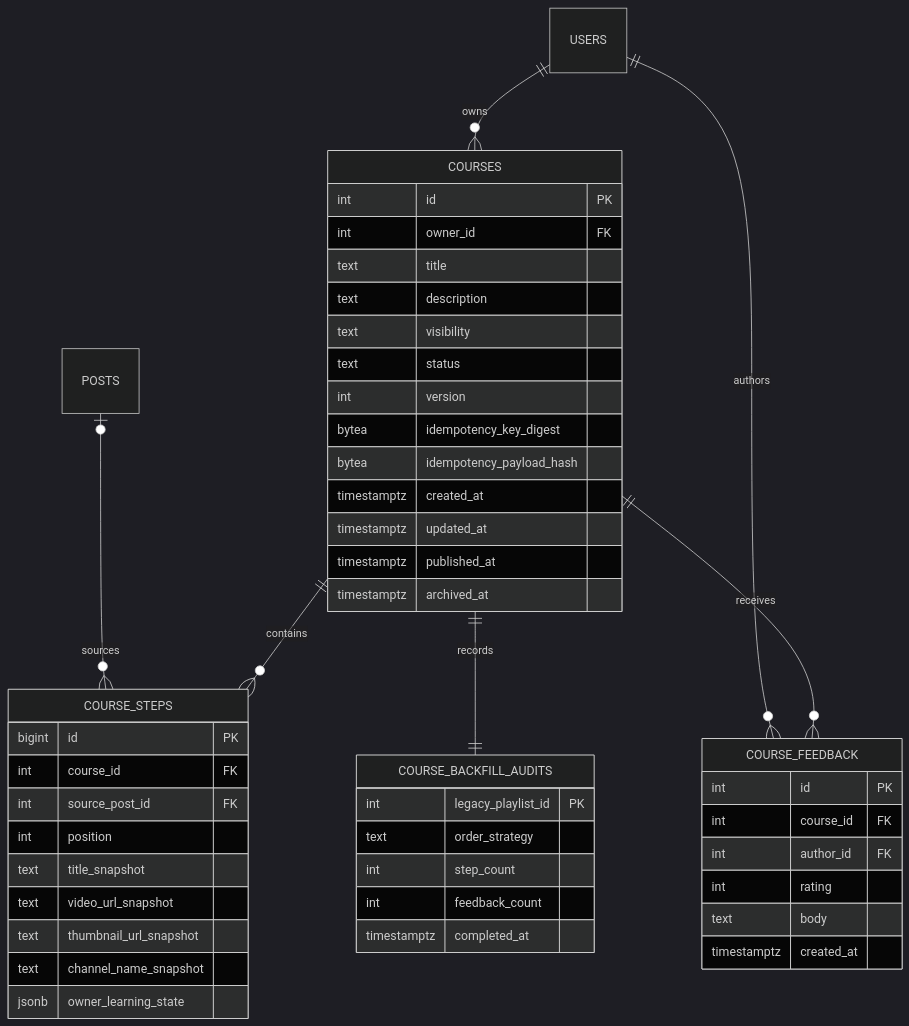
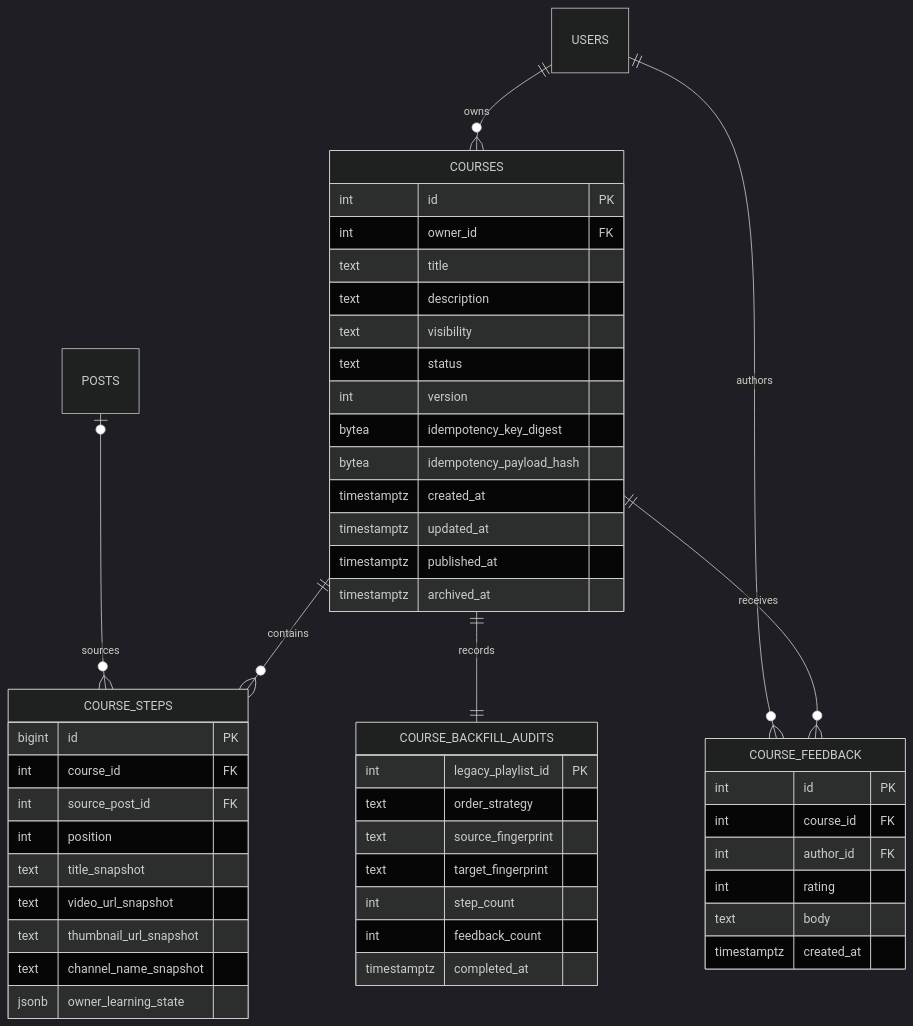
The first of 4 diagrams in docs/superpowers/specs/2026-07-29-course-aggregate-design.md (NearthYou/Studytube), drawn with Mermaid (dark theme) before and after one commit. The commit also changed other lines of this file and 1 other file, not shown here.

````diff
--- a/docs/superpowers/specs/2026-07-29-course-aggregate-design.md
+++ b/docs/superpowers/specs/2026-07-29-course-aggregate-design.md
@@ -46,54 +46,56 @@
 ```mermaid
 erDiagram
   USERS ||--o{ COURSES : owns
   COURSES ||--o{ COURSE_STEPS : contains
   POSTS o|--o{ COURSE_STEPS : sources
   COURSES ||--o{ COURSE_FEEDBACK : receives
   USERS ||--o{ COURSE_FEEDBACK : authors
   COURSES ||--|| COURSE_BACKFILL_AUDITS : records
 
   COURSES {
     int id PK
     int owner_id FK
     text title
     text description
     text visibility
     text status
     int version
     bytea idempotency_key_digest
     bytea idempotency_payload_hash
     timestamptz created_at
     timestamptz updated_at
     timestamptz published_at
     timestamptz archived_at
   }
 
   COURSE_STEPS {
     bigint id PK
     int course_id FK
     int source_post_id FK
     int position
     text title_snapshot
     text video_url_snapshot
     text thumbnail_url_snapshot
     text channel_name_snapshot
     jsonb owner_learning_state
   }
 
   COURSE_FEEDBACK {
     int id PK
     int course_id FK
     int author_id FK
     int rating
     text body
     timestamptz created_at
   }
 
   COURSE_BACKFILL_AUDITS {
     int legacy_playlist_id PK
     text order_strategy
+    text source_fingerprint
+    text target_fingerprint
     int step_count
     int feedback_count
     timestamptz completed_at
   }
 ```
````
